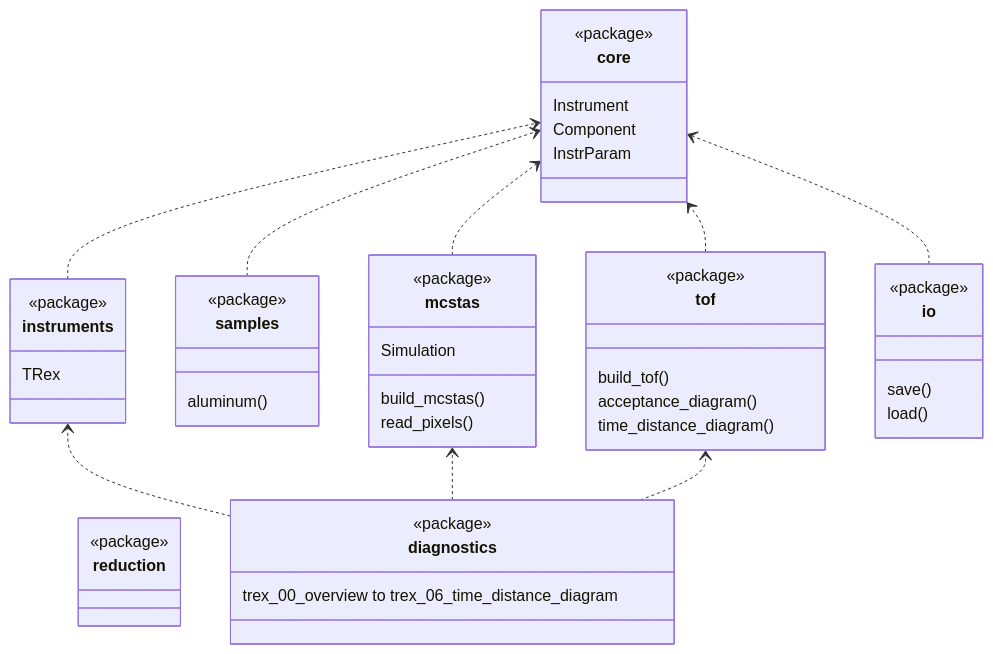
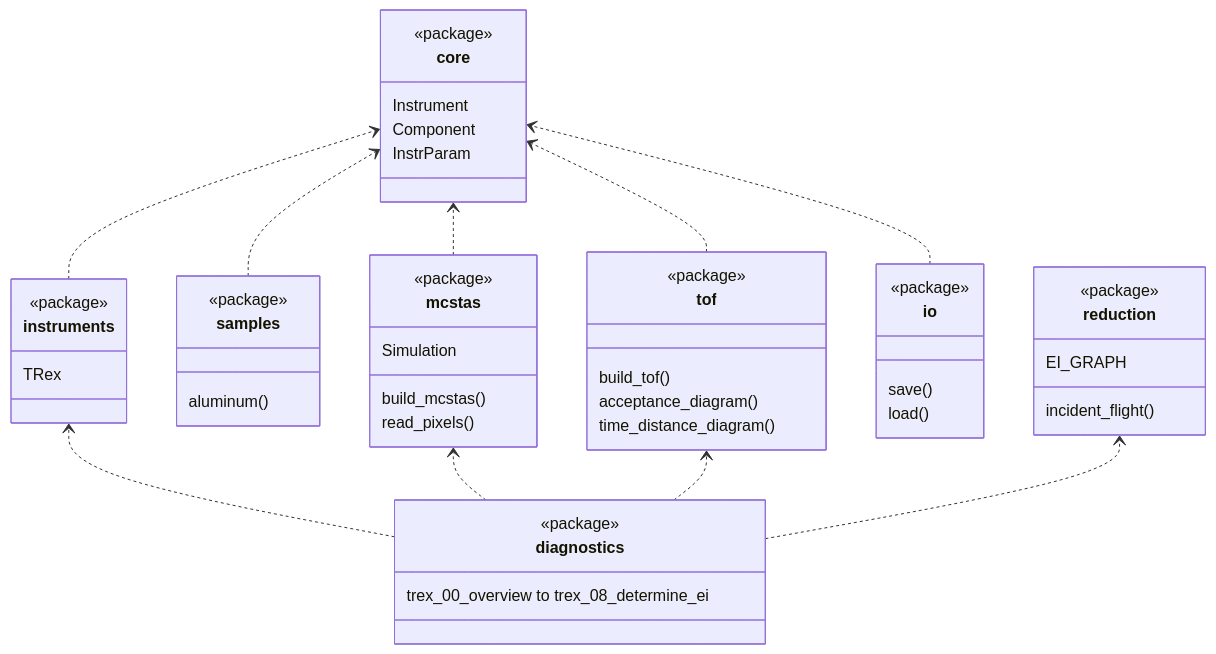
The diagram in docs/code-layout.md (bingli621/mcdgs), drawn with Mermaid before and after one commit. The commit also changed other lines of this file and 4 other files, not shown here.

First line of the commit message:
Move the incident energy graph to reduction

````diff
--- a/docs/code-layout.md
+++ b/docs/code-layout.md
@@ -23,50 +23,53 @@
 ```mermaid
 classDiagram
     direction BT
     class core {
         <<package>>
         Instrument
         Component
         InstrParam
     }
     class instruments {
         <<package>>
         TRex
     }
     class samples {
         <<package>>
         aluminum()
     }
     class mcstas {
         <<package>>
         build_mcstas()
         Simulation
         read_pixels()
     }
     class tof {
         <<package>>
         build_tof()
         acceptance_diagram()
         time_distance_diagram()
     }
     class io {
         <<package>>
         save()
         load()
     }
     class reduction {
         <<package>>
+        EI_GRAPH
+        incident_flight()
     }
     class diagnostics {
         <<package>>
-        trex_00_overview to trex_06_time_distance_diagram
+        trex_00_overview to trex_08_determine_ei
     }
     instruments ..> core
     samples ..> core
     mcstas ..> core
     tof ..> core
     io ..> core
     diagnostics ..> instruments
     diagnostics ..> mcstas
     diagnostics ..> tof
+    diagnostics ..> reduction
 ```
````
